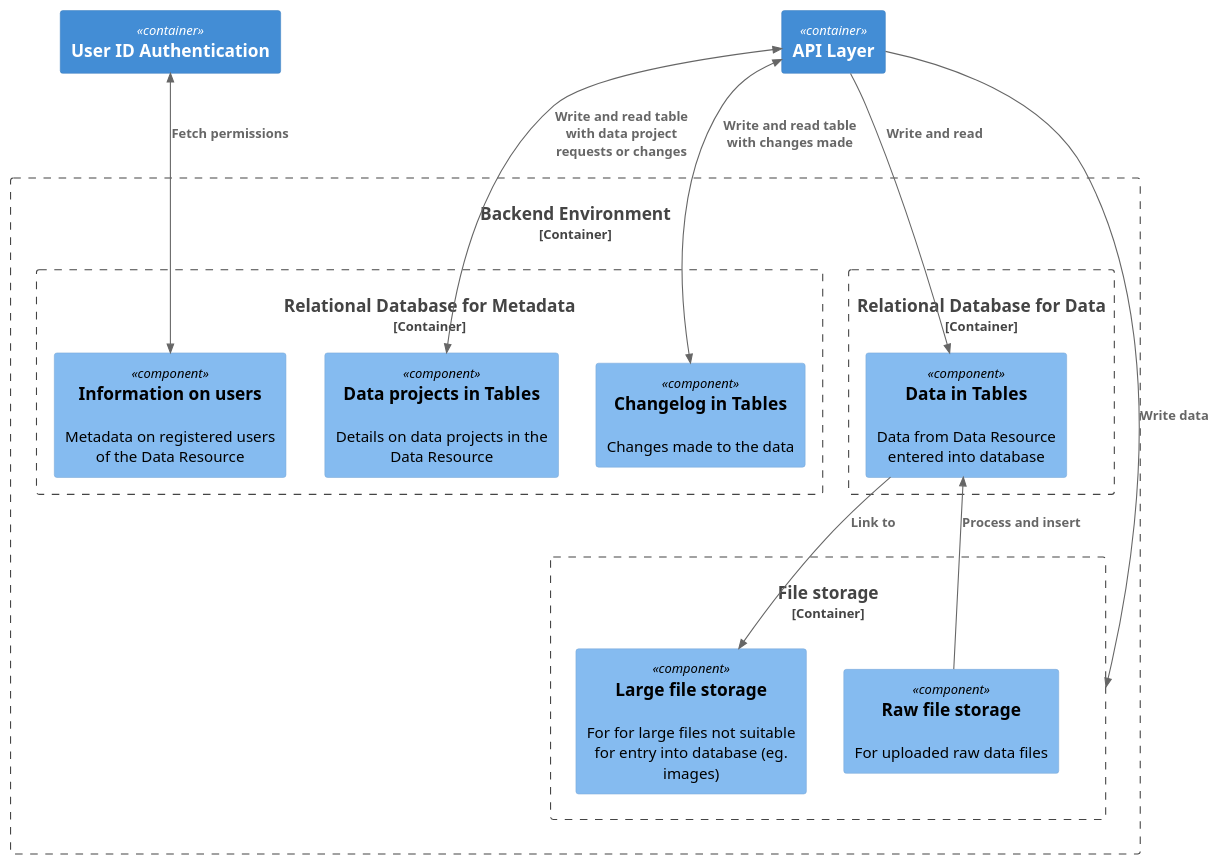
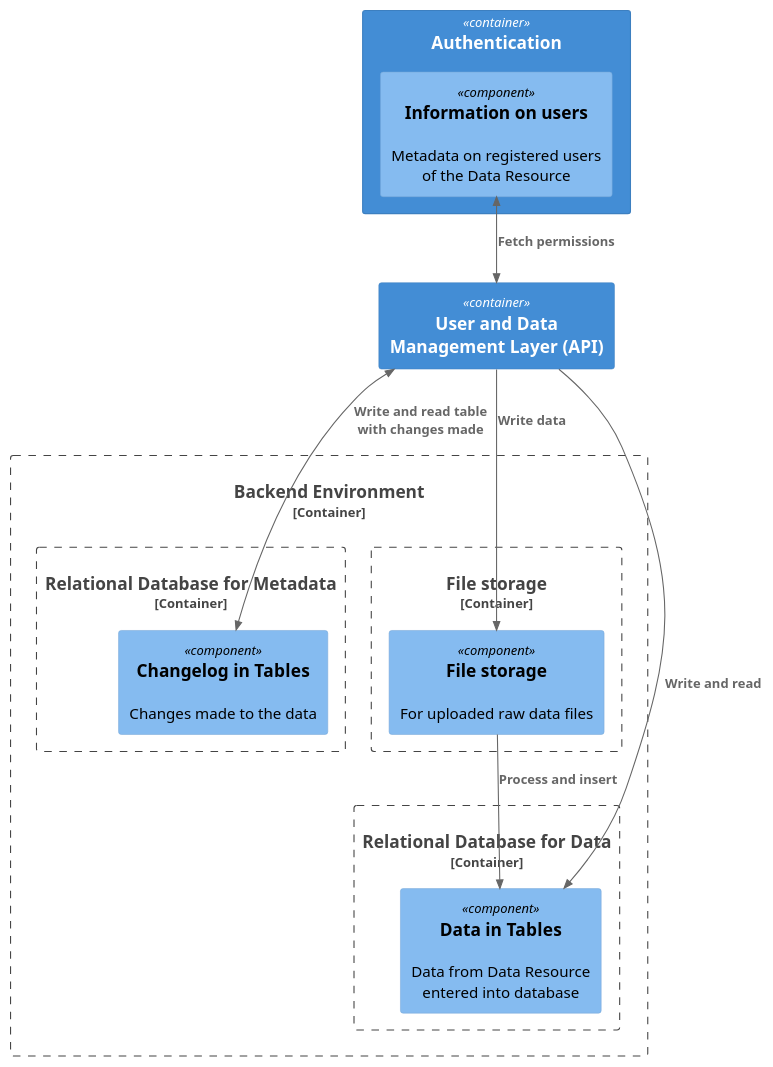
Before and after one commit to signekb/seedcase-sprout: the diagram in docs/design/images/component-backend.puml, drawn with PlantUML. The commit also changed 3 other files, not shown here.

First line of the commit message:
style: :art: Small stylistic edits and to be consistent across diagrams

```diff
--- a/docs/design/images/component-backend.puml
+++ b/docs/design/images/component-backend.puml
@@ -1,45 +1,39 @@
-@startuml 
+@startuml component-backend
 !include  https://raw.githubusercontent.com/plantuml-stdlib/C4-PlantUML/master/C4_Component.puml
 
-' Component diagram for The Seedcase product - Backend: File Storage
+' C4 Component diagram for backend database and file storage.
 
-Container(uia, "User ID Authentication")
-Container(api, "API Layer")
+Container(management, "User and Data Management Layer (API)")
+Container(auth, "Authentication") {
+  Component(user_info, "Information on users", $descr="Metadata on registered users of the Data Resource")
+}
 
 Container_Boundary(bee, "Backend Environment") {
   Container_Boundary(rdb_metadata, "Relational Database for Metadata") {
-    Component(data_projects, "Data projects in Tables", $descr="Details on data projects in the Data Resource")
     Component(changelog, "Changelog in Tables", $descr="Changes made to the data")
-    Component(user_info, "Information on users", $descr="Metadata on registered users of the Data Resource")
     ' TODO: Not sure what to do about these.
     ' Component(data_dictionary, "Resource data dictionary", "the data dictionary unique to the data Resource")
     ' Component(cdm_data, "Common Data Models", "pre-loaded data dictionaries from common data models")
   }
   Container_Boundary(rdb_data, "Relational Database for Data") {
     Component(dt, "Data in Tables", $descr="Data from Data Resource entered into database")
     ' TODO: Not sure what to do about these.
     ' Component(data_dictionary, "Resource data dictionary", "the data dictionary unique to the data Resource")
     ' Component(cdm_data, "Common Data Models", "pre-loaded data dictionaries from common data models")
     ' Component(schema, "Schema Metadata", "Schema data pre-loaded?")
   }
   Container_Boundary(fs, "File storage") {
-    Component(raw_file, "Raw file storage", $descr="For uploaded raw data files")
-    Component(large_file, "Large file storage", $descr="For for large files not suitable for entry into database (eg. images)")
+    Component(raw_file, "File storage", $descr="For uploaded raw data files")
   }
 }
 
-Rel(api, fs, "Write data")
+Rel(management, raw_file, "Write data")
 
-Rel(api, dt, "Write and read")
-BiRel(api, changelog, "Write and read table with changes made")
-BiRel(api, data_projects, "Write and read table with data project requests or changes")
+Rel(management, dt, "Write and read")
+BiRel(management, changelog, "Write and read table with changes made")
 
 Rel(raw_file, dt, "Process and insert")
-Rel(dt, large_file, "Link to")
 
-BiRel(uia, user_info, "Fetch permissions")
+BiRel(user_info, management, "Fetch permissions")
 
-' TODO: Not sure what to do about these yet.
-' Rel(api, data_dictionary, "reads data from")
-' Rel(data_dictionary, cdm_data, "may copy data from")
 @enduml
```
